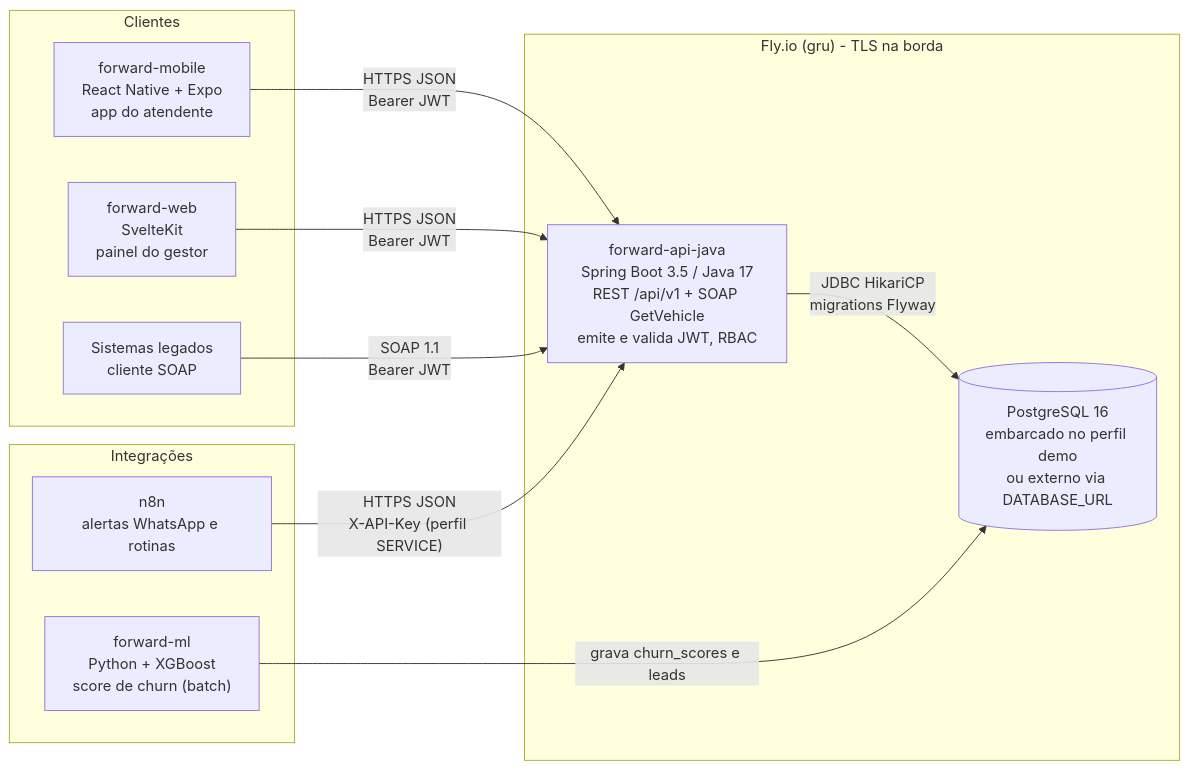
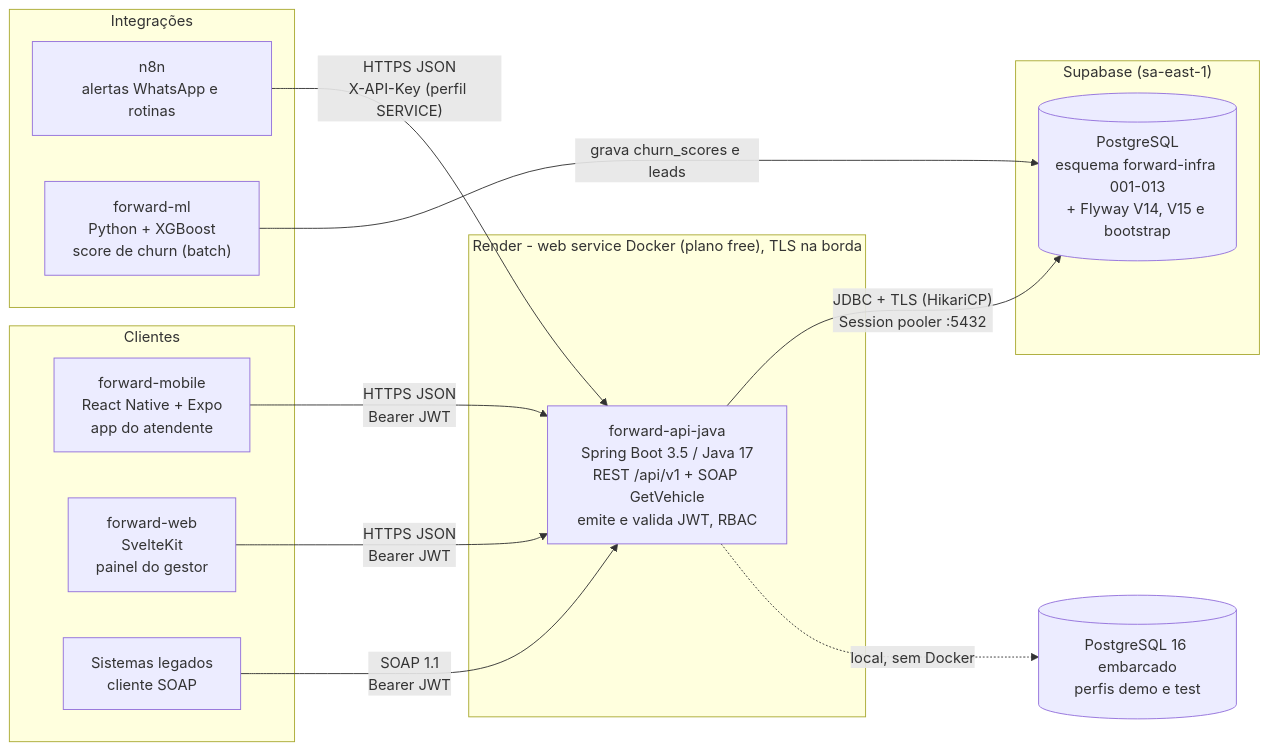
The diagram in docs/diagrams/01-componentes.mmd (fwd-ford/forward-api-java), drawn with Mermaid before and after one commit. The commit also changed 11 other files, not shown here.

First line of the commit message:
docs: Render deploy guide, Supabase notes and refreshed evidence

```diff
--- a/docs/diagrams/01-componentes.mmd
+++ b/docs/diagrams/01-componentes.mmd
@@ -1,20 +1,24 @@
 flowchart LR
   subgraph CLI["Clientes"]
     MOB["forward-mobile<br/>React Native + Expo<br/>app do atendente"]
     WEB["forward-web<br/>SvelteKit<br/>painel do gestor"]
     LEG["Sistemas legados<br/>cliente SOAP"]
   end
   subgraph INT["Integrações"]
     N8N["n8n<br/>alertas WhatsApp e rotinas"]
     ML["forward-ml<br/>Python + XGBoost<br/>score de churn (batch)"]
   end
-  subgraph FLY["Fly.io (gru) - TLS na borda"]
+  subgraph RENDER["Render - web service Docker (plano free), TLS na borda"]
     API["forward-api-java<br/>Spring Boot 3.5 / Java 17<br/>REST /api/v1 + SOAP GetVehicle<br/>emite e valida JWT, RBAC"]
-    PG[("PostgreSQL 16<br/>embarcado no perfil demo<br/>ou externo via DATABASE_URL")]
   end
+  subgraph SUPA["Supabase (sa-east-1)"]
+    PG[("PostgreSQL<br/>esquema forward-infra 001-013<br/>+ Flyway V14, V15 e bootstrap")]
+  end
+  EMB[("PostgreSQL 16 embarcado<br/>perfis demo e test")]
   MOB -- "HTTPS JSON<br/>Bearer JWT" --> API
   WEB -- "HTTPS JSON<br/>Bearer JWT" --> API
   LEG -- "SOAP 1.1<br/>Bearer JWT" --> API
   N8N -- "HTTPS JSON<br/>X-API-Key (perfil SERVICE)" --> API
   ML -- "grava churn_scores e leads" --> PG
-  API -- "JDBC HikariCP<br/>migrations Flyway" --> PG
+  API -- "JDBC + TLS (HikariCP)<br/>Session pooler :5432" --> PG
+  API -. "local, sem Docker" .-> EMB
```
